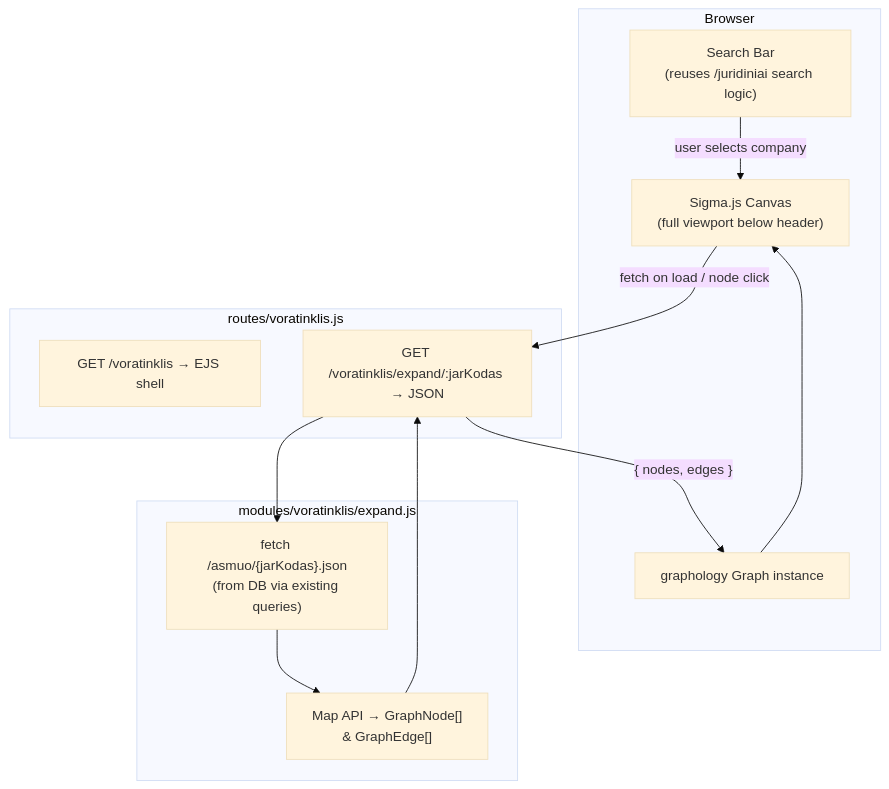
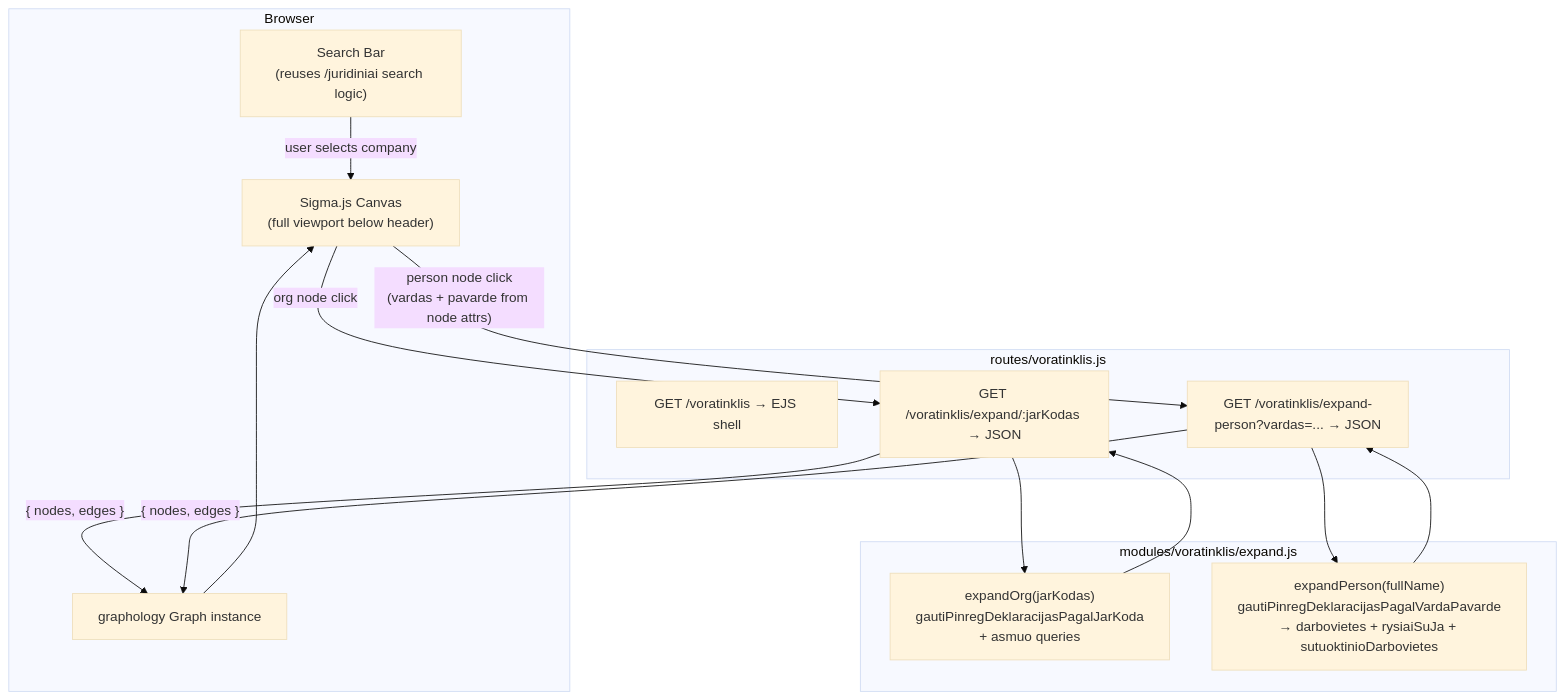
The first of 2 diagrams in docs/VORATINKLIS.md (Viespirkiu-grupe/viespirkiai), drawn with Mermaid (base theme) before and after one commit. The commit also changed other lines of this file, not shown here.

Commit message:
Added interactive Voratinklis page with Sigma.js network graph for procurement relationships, supporting node expansion for organizations and persons.

````diff
--- a/docs/VORATINKLIS.md
+++ b/docs/VORATINKLIS.md
@@ -60,24 +127,28 @@
 ```mermaid
 graph TD
     subgraph Browser
         SearchBar["Search Bar\n(reuses /juridiniai search logic)"]
         SigmaCanvas["Sigma.js Canvas\n(full viewport below header)"]
         GraphStore["graphology Graph instance"]
     end
 
     subgraph "routes/voratinklis.js"
         PageRoute["GET /voratinklis → EJS shell"]
-        ExpandAPI["GET /voratinklis/expand/:jarKodas → JSON"]
+        ExpandOrgAPI["GET /voratinklis/expand/:jarKodas → JSON"]
+        ExpandPersonAPI["GET /voratinklis/expand-person?vardas=... → JSON"]
     end
 
     subgraph "modules/voratinklis/expand.js"
-        FetchAsmuo["fetch /asmuo/{jarKodas}.json\n(from DB via existing queries)"]
-        MapEntities["Map API → GraphNode[]\n& GraphEdge[]"]
+        ExpandOrg["expandOrg(jarKodas)\ngautiPinregDeklaracijasPagalJarKoda\n+ asmuo queries"]
+        ExpandPerson["expandPerson(fullName)\ngautiPinregDeklaracijasPagalVardaPavarde\n→ darbovietes + rysiaiSuJa + sutuoktinioDarbovietes"]
     end
 
     SearchBar -->|" user selects company "| SigmaCanvas
-    SigmaCanvas -->|" fetch on load / node click "| ExpandAPI
-    ExpandAPI --> FetchAsmuo --> MapEntities --> ExpandAPI
-    ExpandAPI -->|" { nodes, edges } "| GraphStore
+    SigmaCanvas -->|" org node click "| ExpandOrgAPI
+    SigmaCanvas -->|" person node click\n(vardas + pavarde from node attrs) "| ExpandPersonAPI
+    ExpandOrgAPI --> ExpandOrg --> ExpandOrgAPI
+    ExpandPersonAPI --> ExpandPerson --> ExpandPersonAPI
+    ExpandOrgAPI -->|" { nodes, edges } "| GraphStore
+    ExpandPersonAPI -->|" { nodes, edges } "| GraphStore
     GraphStore --> SigmaCanvas
 ```
````
